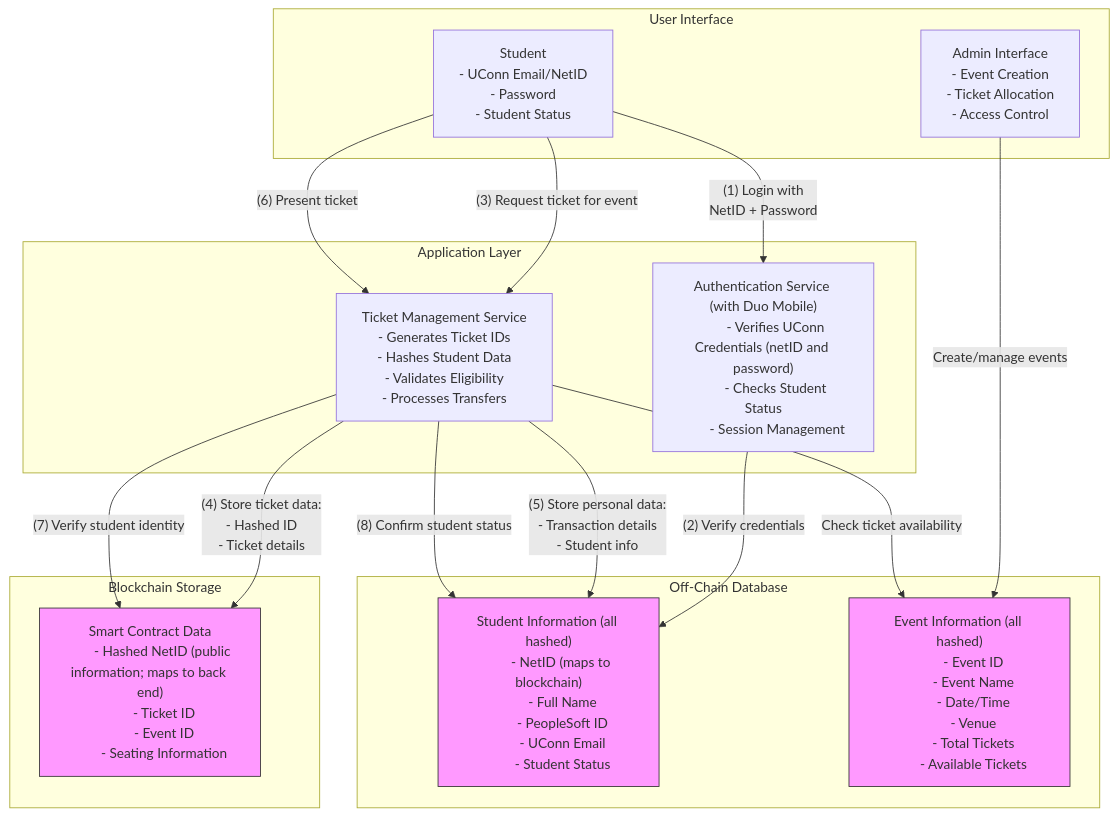
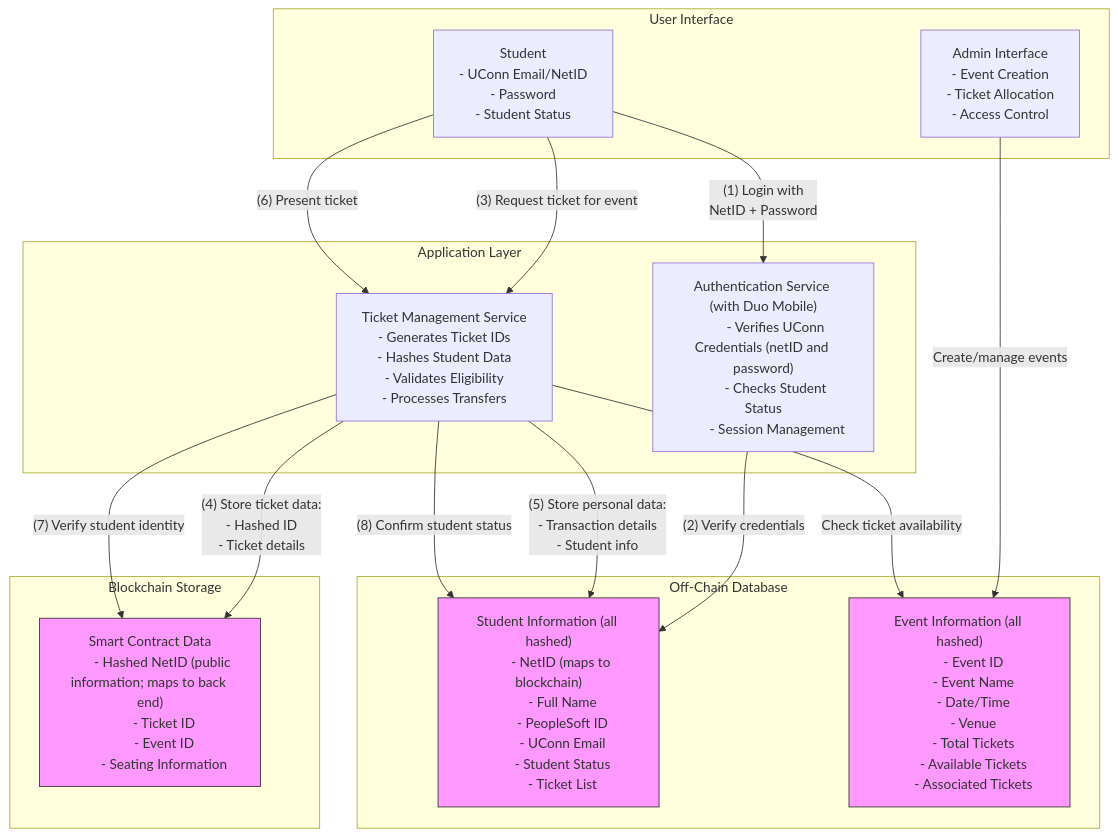
One commit to lpep64/Blockchain-Ticketing changed the diagram in docs/dataflow.md. Above: the diagram before and after it, drawn with Mermaid.

````diff
--- a/docs/dataflow.md
+++ b/docs/dataflow.md
@@ -2,78 +2,80 @@
 ```mermaid
 flowchart TB
     subgraph UI ["User Interface"]
         Student["Student
         - UConn Email/NetID
         - Password
         - Student Status"]
         AdminUI["Admin Interface
         - Event Creation
         - Ticket Allocation
         - Access Control"]
     end
 
     subgraph Processing ["Application Layer"]
         Auth["Authentication Service (with Duo Mobile)
         - Verifies UConn Credentials (netID and password)
         - Checks Student Status
         - Session Management"]
         
         TicketService["Ticket Management Service
         - Generates Ticket IDs
         - Hashes Student Data
         - Validates Eligibility
         - Processes Transfers"]
     end
 
     subgraph BlockchainStorage ["Blockchain Storage"]
         SmartContract["Smart Contract Data
         - Hashed NetID (public information; maps to back end)
         - Ticket ID
         - Event ID
         - Seating Information"]
     end
 
     subgraph Database ["Off-Chain Database"]
         StudentData["Student Information (all hashed)
         - NetID (maps to blockchain)
         - Full Name
         - PeopleSoft ID
         - UConn Email
-        - Student Status"]
+        - Student Status
+        - Ticket List"]
         
         EventData["Event Information (all hashed)
         - Event ID
         - Event Name
         - Date/Time
         - Venue
         - Total Tickets
-        - Available Tickets"]
+        - Available Tickets
+        - Associated Tickets"]
     end
 
     %% Student flows
     Student -->|"(1) Login with 
     NetID + Password"| Auth
     Auth -->|"(2) Verify credentials"| StudentData
     Student -->|"(3) Request ticket for event"| TicketService
     
     %% Ticket processing
     TicketService -->|"(4) Store ticket data:
     - Hashed ID
     - Ticket details"| SmartContract
     
     TicketService -->|"(5) Store personal data:
     - Transaction details
     - Student info"| StudentData
     
     %% Event data flow
     AdminUI -->|"Create/manage events"| EventData
     TicketService -->|"Check ticket availability"| EventData
     
     %% Verification flow
     Student -->|"(6) Present ticket"| TicketService
     TicketService -->|"(7) Verify student identity"| SmartContract
     TicketService -->|"(8) Confirm student status"| StudentData
 
     classDef storage fill:#f9f,stroke:#333
     class SmartContract,StudentData,EventData storage
 ```
````
